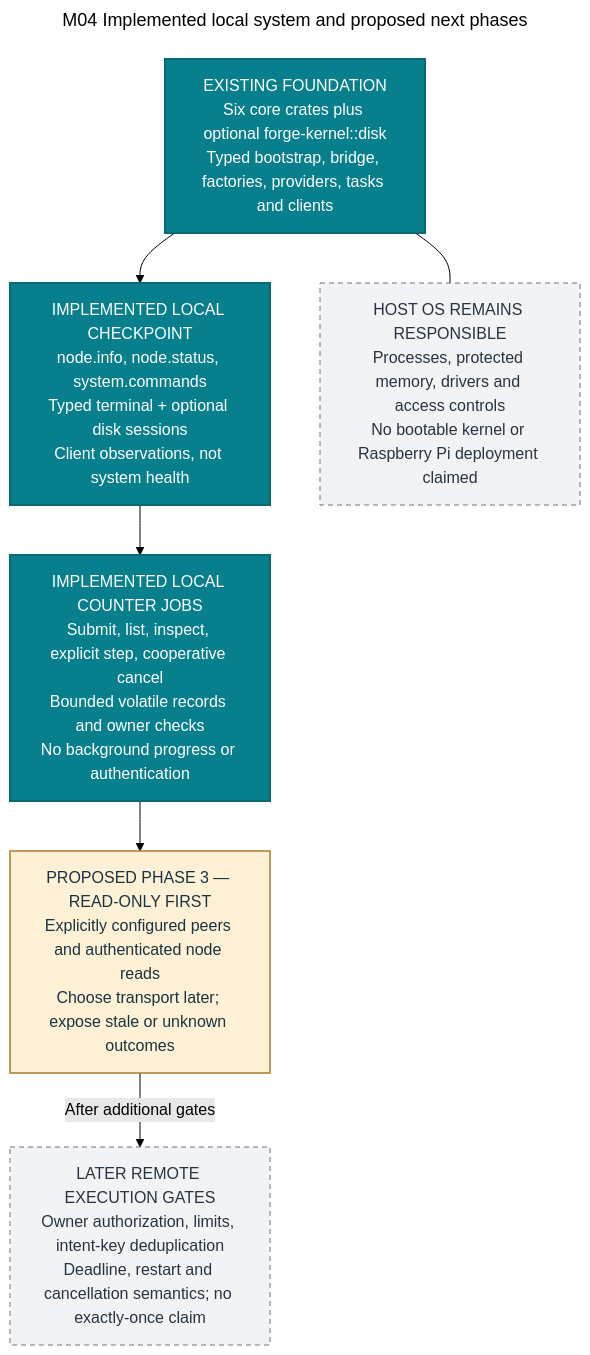
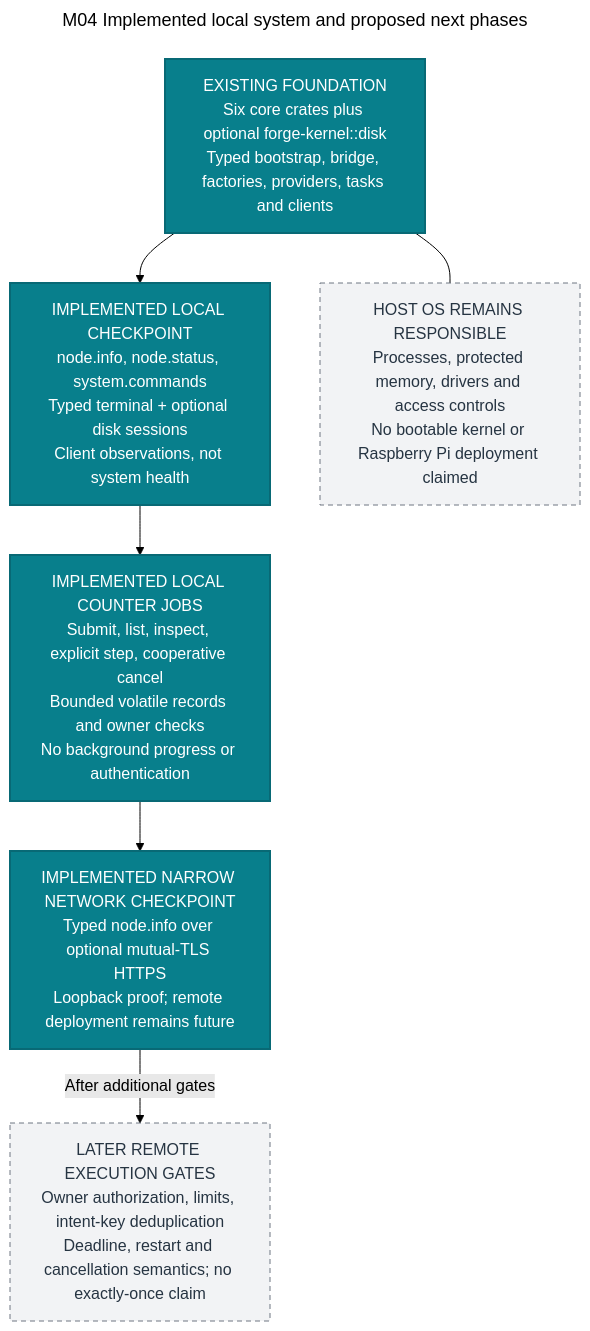
One commit to roachmaster/homelab changed the diagram in docs/architecture/diagrams/mermaid/m04-kernel-phases.mmd. Above: the diagram before and after it, drawn with Mermaid (forest theme). The commit also changed 44 other files, not shown here.

Commit message:
Add typed remote node-info boundary and optional mutual-TLS HTTPS adapter

```diff
--- a/docs/architecture/diagrams/mermaid/m04-kernel-phases.mmd
+++ b/docs/architecture/diagrams/mermaid/m04-kernel-phases.mmd
@@ -1,19 +1,18 @@
 ---
 title: M04 Implemented local system and proposed next phases
 ---
 flowchart TB
     E["EXISTING FOUNDATION<br/>Six core crates plus optional forge-kernel::disk<br/>Typed bootstrap, bridge, factories, providers, tasks and clients"]
     P1["IMPLEMENTED LOCAL CHECKPOINT<br/>node.info, node.status, system.commands<br/>Typed terminal + optional disk sessions<br/>Client observations, not system health"]
     P2["IMPLEMENTED LOCAL COUNTER JOBS<br/>Submit, list, inspect, explicit step, cooperative cancel<br/>Bounded volatile records and owner checks<br/>No background progress or authentication"]
-    P3["PROPOSED PHASE 3 — READ-ONLY FIRST<br/>Explicitly configured peers and authenticated node reads<br/>Choose transport later; expose stale or unknown outcomes"]
+    P3["IMPLEMENTED NARROW NETWORK CHECKPOINT<br/>Typed node.info over optional mutual-TLS HTTPS<br/>Loopback proof; remote deployment remains future"]
     R["LATER REMOTE EXECUTION GATES<br/>Owner authorization, limits, intent-key deduplication<br/>Deadline, restart and cancellation semantics; no exactly-once claim"]
     OS["HOST OS REMAINS RESPONSIBLE<br/>Processes, protected memory, drivers and access controls<br/>No bootable kernel or Raspberry Pi deployment claimed"]
     E --> P1 --> P2 --> P3
     P3 -->|After additional gates| R
     E --- OS
     classDef existing fill:#087f8c,color:#ffffff,stroke:#086975,stroke-width:2px;
     classDef proposed fill:#fff1d6,color:#183342,stroke:#ae7b26,stroke-width:1.5px;
     classDef later fill:#f2f3f5,color:#263442,stroke:#6f7782,stroke-dasharray:5 4;
-    class E,P1,P2 existing;
-    class P3 proposed;
+    class E,P1,P2,P3 existing;
     class R,OS later;
```
